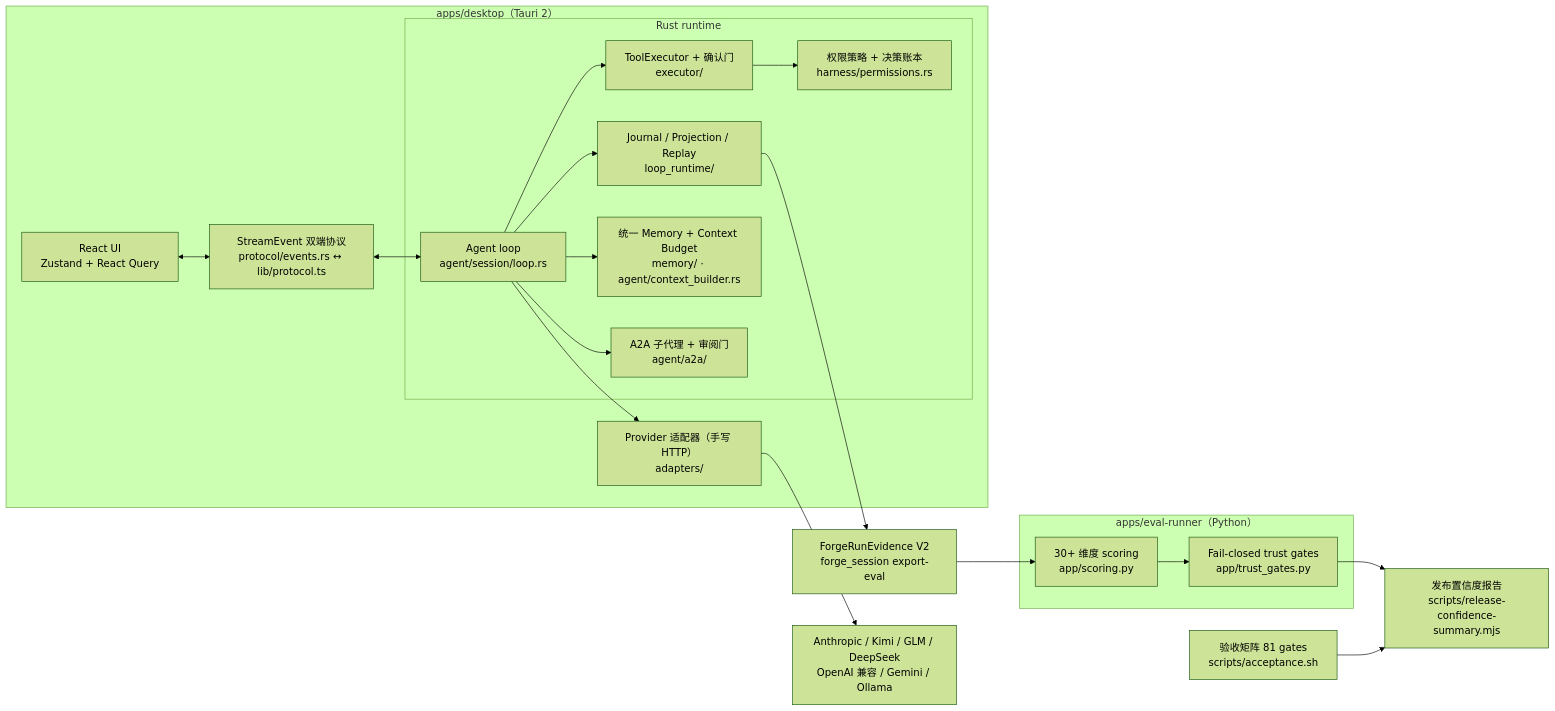
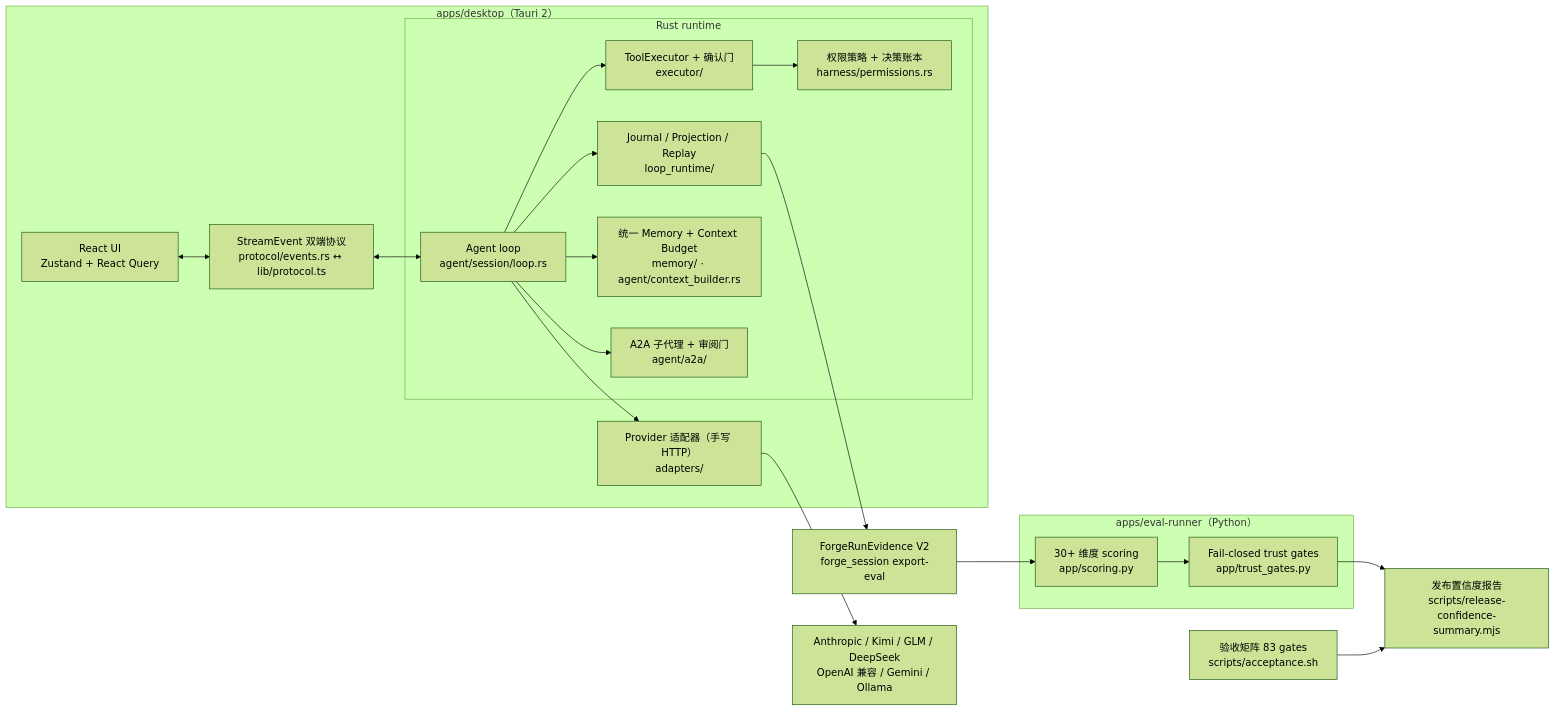
Before and after one commit to Cabbos/forge: the diagram in README.md, drawn with Mermaid (forest theme). The commit also changed other lines of this file and 29 other files, not shown here.

````diff
--- a/README.md
+++ b/README.md
@@ -32,39 +32,39 @@
 ```mermaid
 flowchart LR
   subgraph Desktop["apps/desktop（Tauri 2）"]
     UI["React UI<br/>Zustand + React Query"]
     Protocol["StreamEvent 双端协议<br/>protocol/events.rs ↔ lib/protocol.ts"]
     subgraph Runtime["Rust runtime"]
       Loop["Agent loop<br/>agent/session/loop.rs"]
       Exec["ToolExecutor + 确认门<br/>executor/"]
       Perm["权限策略 + 决策账本<br/>harness/permissions.rs"]
       Journal["Journal / Projection / Replay<br/>loop_runtime/"]
       Mem["统一 Memory + Context Budget<br/>memory/ · agent/context_builder.rs"]
       A2A["A2A 子代理 + 审阅门<br/>agent/a2a/"]
     end
     Adapters["Provider 适配器（手写 HTTP）<br/>adapters/"]
   end
   Providers["Anthropic / Kimi / GLM / DeepSeek<br/>OpenAI 兼容 / Gemini / Ollama"]
   Evidence["ForgeRunEvidence V2<br/>forge_session export-eval"]
   subgraph Eval["apps/eval-runner（Python）"]
     Scoring["30+ 维度 scoring<br/>app/scoring.py"]
     Trust["Fail-closed trust gates<br/>app/trust_gates.py"]
   end
-  Accept["验收矩阵 81 gates<br/>scripts/acceptance.sh"]
+  Accept["验收矩阵 83 gates<br/>scripts/acceptance.sh"]
   Confidence["发布置信度报告<br/>scripts/release-confidence-summary.mjs"]
 
   UI <--> Protocol
   Protocol <--> Loop
   Loop --> Exec
   Exec --> Perm
   Loop --> Journal
   Loop --> Mem
   Loop --> A2A
   Loop --> Adapters
   Adapters --> Providers
   Journal --> Evidence
   Evidence --> Scoring
   Scoring --> Trust
   Trust --> Confidence
   Accept --> Confidence
 ```
````
